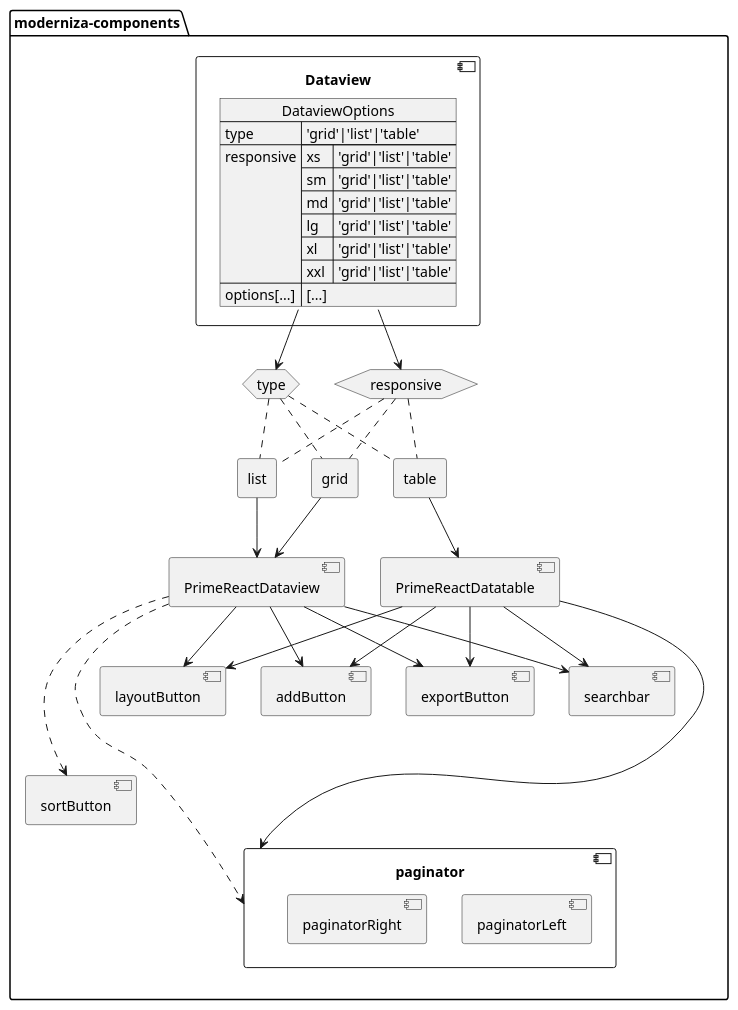
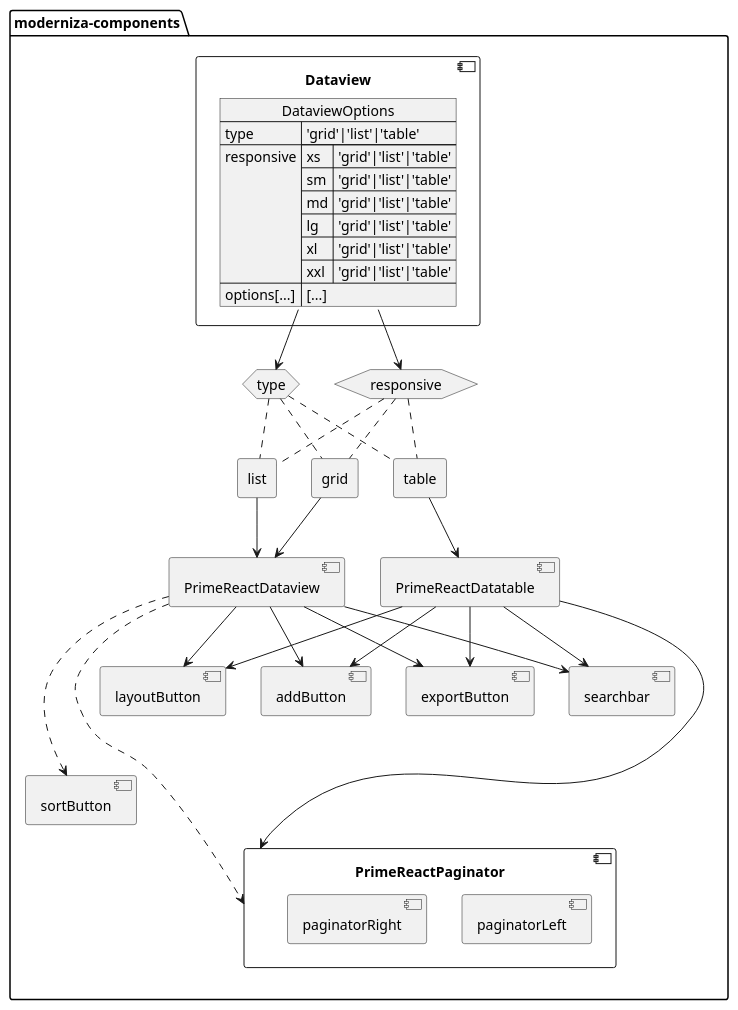
The diagram in docs/diagrams/src/dataview.puml (moderniza-modershop/moderniza-components), drawn with PlantUML before and after one commit. The commit also changed 3 other files, not shown here.

```diff
--- a/docs/diagrams/src/dataview.puml
+++ b/docs/diagrams/src/dataview.puml
@@ -1,72 +1,72 @@
 @startuml dataviewDiagram
 ' Permite mixar tipos diferentes
 allowmixing
 
 package moderniza-components{
     
     component Dataview{
         json DataviewOptions {
             "type":"'grid'|'list'|'table'",
             "responsive":{
                 "xs":"'grid'|'list'|'table'",
                 "sm":"'grid'|'list'|'table'",
                 "md":"'grid'|'list'|'table'",
                 "lg":"'grid'|'list'|'table'",
                 "xl":"'grid'|'list'|'table'",
                 "xxl":"'grid'|'list'|'table'"
             },
             "options[...]":"[...]"
         }
     }
 
     component PrimeReactDatatable
     component PrimeReactDataview
 
     hexagon type
     hexagon responsive
 
     rectangle grid
     rectangle table
     rectangle list
 
     component addButton
     component sortButton
     component exportButton
     component searchbar
     component layoutButton
-    component paginator{
+    component PrimeReactPaginator{
         component paginatorLeft
         component paginatorRight
     }
 
     DataviewOptions -down-> responsive
     DataviewOptions -down-> type
 
     type .. grid
     type .. table
     type .. list
 
     responsive .. grid
     responsive .. table
     responsive .. list
 
     list --> PrimeReactDataview
     grid --> PrimeReactDataview
     table --> PrimeReactDatatable
 
     PrimeReactDatatable --> searchbar
     PrimeReactDatatable --> addButton
     PrimeReactDatatable --> layoutButton
     PrimeReactDatatable --> exportButton
-    PrimeReactDatatable --> paginator
+    PrimeReactDatatable --> PrimeReactPaginator
 
     PrimeReactDataview --> searchbar
     PrimeReactDataview .--> sortButton
     PrimeReactDataview --> addButton
     PrimeReactDataview --> layoutButton
     PrimeReactDataview --> exportButton
-    PrimeReactDataview ..--> paginator
+    PrimeReactDataview ..--> PrimeReactPaginator
 
 }
 
 @enduml
```
